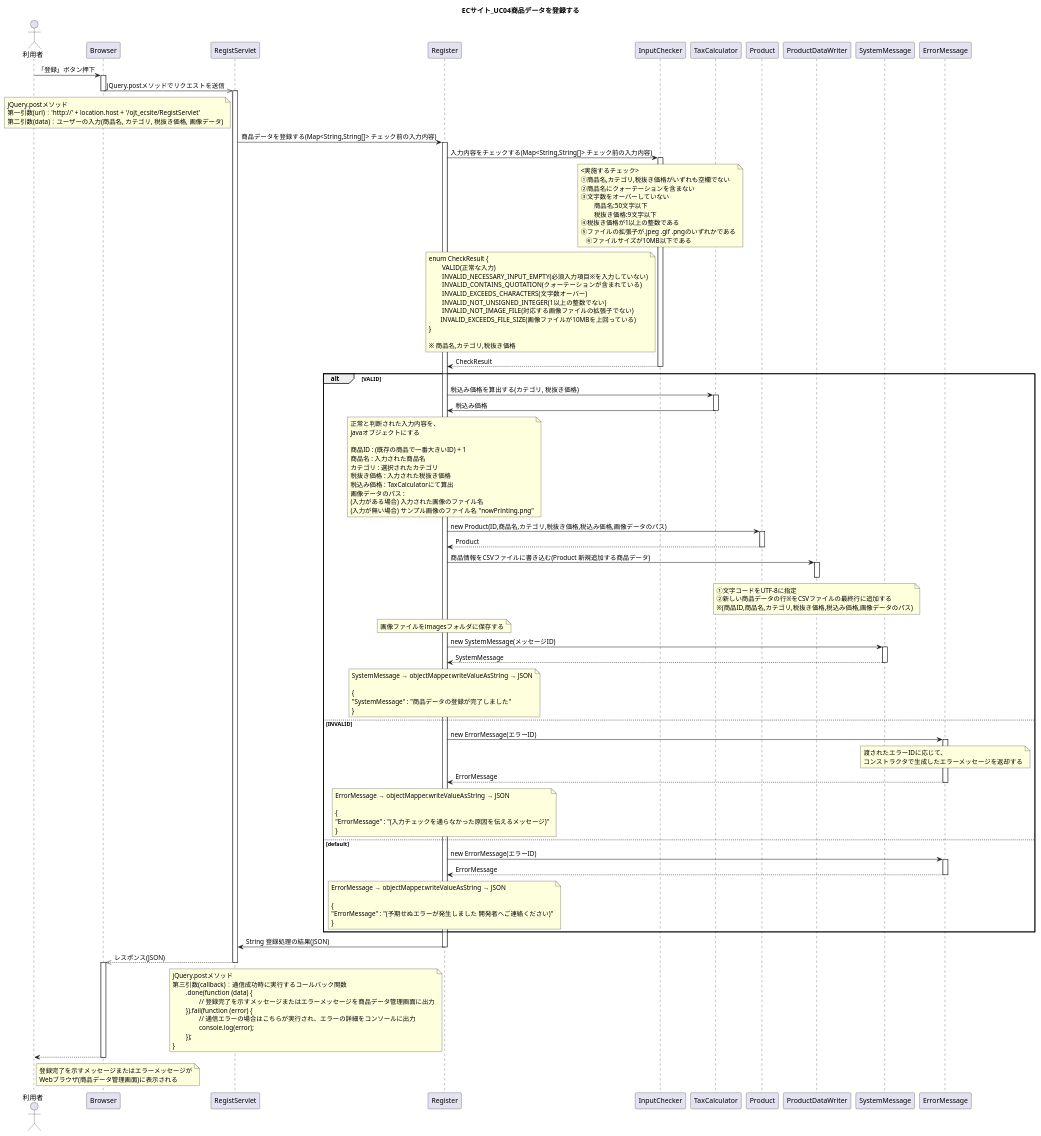
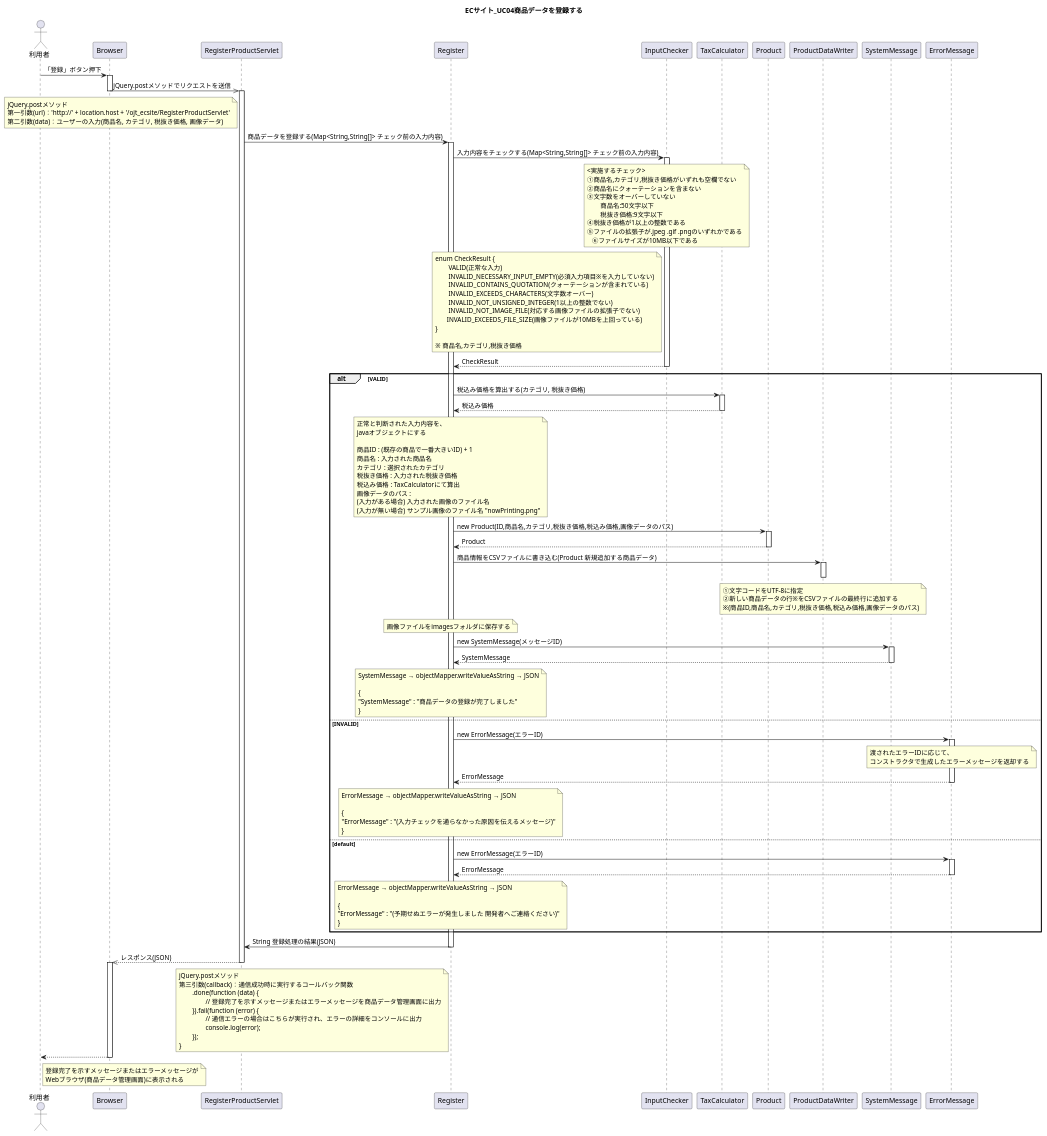
Before and after one commit to wnakayama/ojt_ecsite: the diagram in UML/Sequence04.puml, drawn with PlantUML. The commit also changed 3 other files, not shown here.

```diff
--- a/UML/Sequence04.puml
+++ b/UML/Sequence04.puml
@@ -1,172 +1,172 @@
 @startuml
 title ECサイト_UC04商品データを登録する
 
 actor 利用者
 
 利用者 -> Browser : 「登録」ボタン押下
 activate Browser
 
-Browser ->> RegistServlet : jQuery.postメソッドでリクエストを送信
+Browser ->> RegisterProductServlet : jQuery.postメソッドでリクエストを送信
 deactivate Browser
-activate RegistServlet
+activate RegisterProductServlet
 
-	note left of RegistServlet
+	note left of RegisterProductServlet
 	jQuery.postメソッド
-	第一引数(url)：'http://' + location.host + '/ojt_ecsite/RegistServlet'
+	第一引数(url)：'http://' + location.host + '/ojt_ecsite/RegisterProductServlet'
 	第二引数(data)：ユーザーの入力(商品名, カテゴリ, 税抜き価格, 画像データ)
 	end note
 
-RegistServlet -> Register : 商品データを登録する(Map<String,String[]> チェック前の入力内容)
+RegisterProductServlet -> Register : 商品データを登録する(Map<String,String[]> チェック前の入力内容)
 activate Register
 
 Register -> InputChecker : 入力内容をチェックする(Map<String,String[]> チェック前の入力内容)
 activate InputChecker
 
 	note over InputChecker
 	<実施するチェック>
 	①商品名,カテゴリ,税抜き価格がいずれも空欄でない
 	②商品名にクォーテーションを含まない
 	③文字数をオーバーしていない
 		商品名:50文字以下
 		税抜き価格:9文字以下
 	④税抜き価格が1以上の整数である
 	⑤ファイルの拡張子が.jpeg .gif .pngのいずれかである
     ⑥ファイルサイズが10MB以下である
 	end note
 
 	note left of InputChecker 
 	enum CheckResult {
 		VALID(正常な入力)
 		INVALID_NECESSARY_INPUT_EMPTY(必須入力項目※を入力していない)
 		INVALID_CONTAINS_QUOTATION(クォーテーションが含まれている)
 		INVALID_EXCEEDS_CHARACTERS(文字数オーバー)
 		INVALID_NOT_UNSIGNED_INTEGER(1以上の整数でない)
 		INVALID_NOT_IMAGE_FILE(対応する画像ファイルの拡張子でない)
         INVALID_EXCEEDS_FILE_SIZE(画像ファイルが10MBを上回っている)
 	}
 
 	※ 商品名,カテゴリ,税抜き価格
 	end note
 
 Register <-- InputChecker : CheckResult
 deactivate InputChecker
 
 
 alt VALID
 
 Register -> TaxCalculator : 税込み価格を算出する(カテゴリ, 税抜き価格)
 activate TaxCalculator
-Register <- TaxCalculator : 税込み価格
+Register <-- TaxCalculator : 税込み価格
 deactivate TaxCalculator
 
 	note over Register
 	正常と判断された入力内容を、
 	javaオブジェクトにする
 
 	商品ID : (既存の商品で一番大きいID) + 1
 	商品名 : 入力された商品名
 	カテゴリ : 選択されたカテゴリ
 	税抜き価格 : 入力された税抜き価格
 	税込み価格 : TaxCalculatorにて算出
 	画像データのパス : 
 	(入力がある場合) 入力された画像のファイル名
 	(入力が無い場合) サンプル画像のファイル名 "nowPrinting.png"
 	end note
 
 Register -> Product : new Product(ID,商品名,カテゴリ,税抜き価格,税込み価格,画像データのパス)
 activate Product
 Register <-- Product : Product
 deactivate Product
 
 Register -> ProductDataWriter : 商品情報をCSVファイルに書き込む(Product 新規追加する商品データ)
 activate ProductDataWriter
 	note over ProductDataWriter
 	①文字コードをUTF-8に指定
 	②新しい商品データの行※をCSVファイルの最終行に追加する
 	※(商品ID,商品名,カテゴリ,税抜き価格,税込み価格,画像データのパス)
 	end note
 deactivate ProductDataWriter
 
 	note over Register
 	画像ファイルをimagesフォルダに保存する
 	end note
 
 Register -> SystemMessage : new SystemMessage(メッセージID)
 activate SystemMessage
 Register <-- SystemMessage : SystemMessage
 deactivate SystemMessage
 
 	note over Register
 	SystemMessage → objectMapper.writeValueAsString → JSON
 
 	{
 	"SystemMessage" : "商品データの登録が完了しました"
 	}
 	end note
 
 else INVALID
 
 Register -> ErrorMessage : new ErrorMessage(エラーID)
 activate ErrorMessage
 
 	note over ErrorMessage
 	渡されたエラーIDに応じて、
 	コンストラクタで生成したエラーメッセージを返却する
 	end note
 
 Register <-- ErrorMessage : ErrorMessage
 deactivate ErrorMessage
 
 	note over Register
 	ErrorMessage → objectMapper.writeValueAsString → JSON
 
 	{
 	"ErrorMessage" : "(入力チェックを通らなかった原因を伝えるメッセージ)"
 	}
 	end note
 
 else default
 
 Register -> ErrorMessage : new ErrorMessage(エラーID)
 activate ErrorMessage
 Register <-- ErrorMessage : ErrorMessage
 deactivate ErrorMessage
 
 	note over Register
 	ErrorMessage → objectMapper.writeValueAsString → JSON
 
 	{
 	"ErrorMessage" : "(予期せぬエラーが発生しました 開発者へご連絡ください)"
 	}
 	end note
 
 end
 
-RegistServlet <- Register : String 登録処理の結果(JSON)
+RegisterProductServlet <- Register : String 登録処理の結果(JSON)
 deactivate Register
-Browser <<-- RegistServlet : レスポンス(JSON)
-deactivate RegistServlet
+Browser <<-- RegisterProductServlet : レスポンス(JSON)
+deactivate RegisterProductServlet
 activate Browser
 
 	note left of Register
 	jQuery.postメソッド
 	第三引数(callback)：通信成功時に実行するコールバック関数
 		.done(function (data) {
 			// 登録完了を示すメッセージまたはエラーメッセージを商品データ管理画面に出力
 		}).fail(function (error) {
 			// 通信エラーの場合はこちらが実行され、エラーの詳細をコンソールに出力
 			console.log(error);
 		});
 	}
 	end note
 
 
 利用者 <-- Browser
 	note right of 利用者
 	登録完了を示すメッセージまたはエラーメッセージが
 	Webブラウザ(商品データ管理画面)に表示される
 	end note
 
 deactivate Browser
 
 @enduml
```
